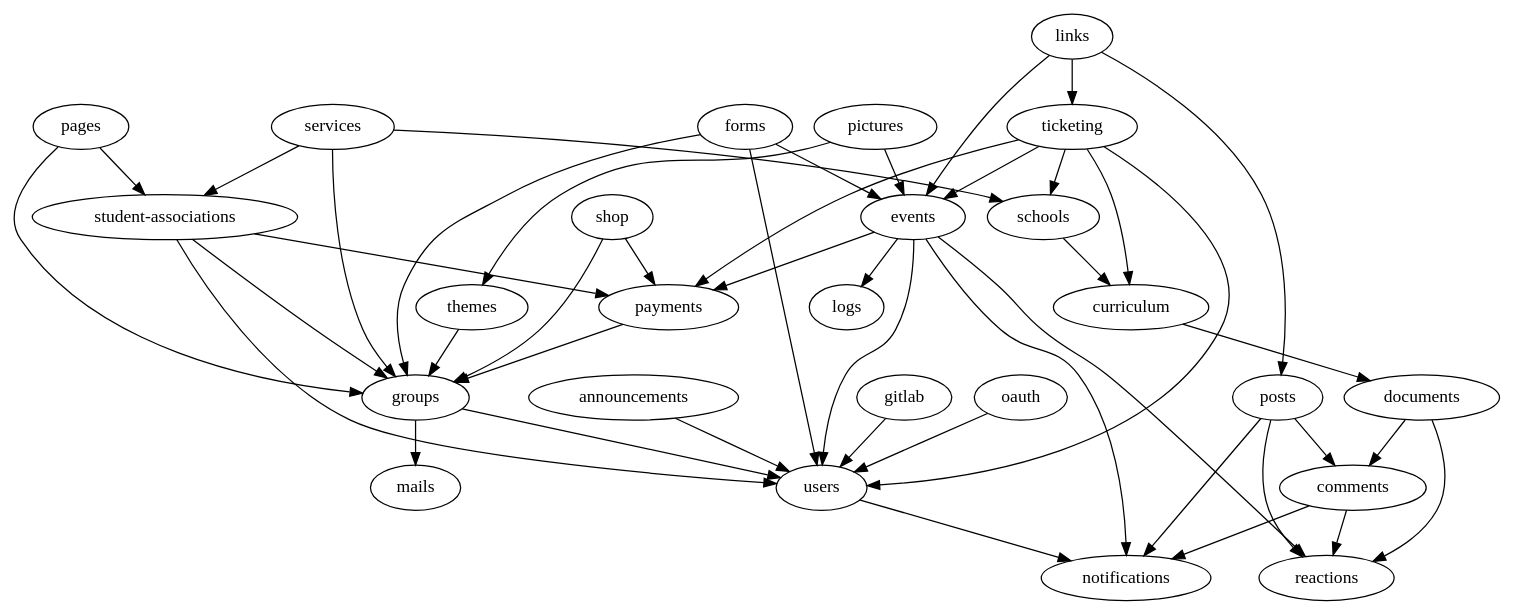
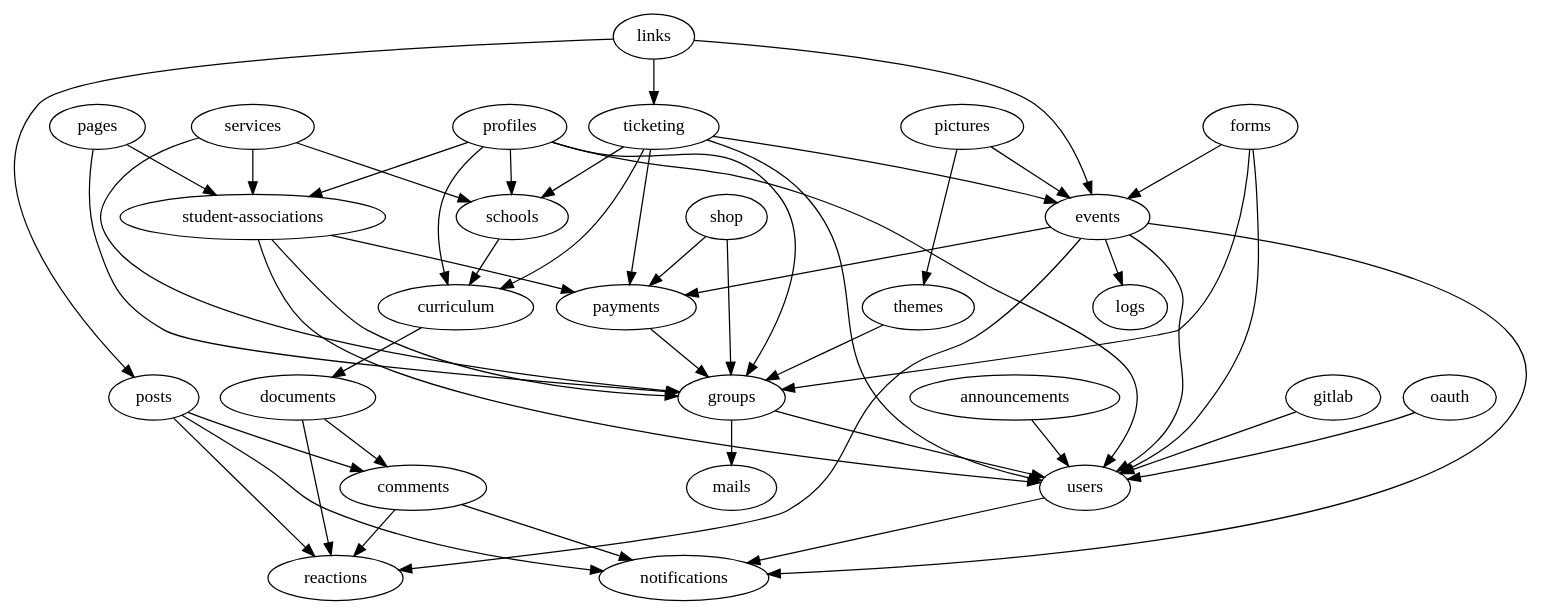
Before and after one commit to inp-net/churros: the diagram in packages/api/scripts/modules-import-graph.dot, drawn with Graphviz. The commit also changed 35 other files, not shown here.

```diff
--- a/packages/api/scripts/modules-import-graph.dot
+++ b/packages/api/scripts/modules-import-graph.dot
@@ -1,47 +1,52 @@
 strict digraph ImportGraph {
     "announcements" -> "users";
     "comments" -> "notifications";
     "comments" -> "reactions";
     "curriculum" -> "documents";
     "documents" -> "comments";
     "documents" -> "reactions";
     "events" -> "logs";
     "events" -> "notifications";
     "events" -> "payments";
     "events" -> "reactions";
     "events" -> "users";
     "forms" -> "events";
     "forms" -> "groups";
     "forms" -> "users";
     "gitlab" -> "users";
     "groups" -> "mails";
     "groups" -> "users";
     "links" -> "events";
     "links" -> "posts";
     "links" -> "ticketing";
     "oauth" -> "users";
     "pages" -> "groups";
     "pages" -> "student-associations";
     "payments" -> "groups";
     "pictures" -> "events";
     "pictures" -> "themes";
     "posts" -> "comments";
     "posts" -> "notifications";
     "posts" -> "reactions";
+    "profiles" -> "curriculum";
+    "profiles" -> "groups";
+    "profiles" -> "schools";
+    "profiles" -> "student-associations";
+    "profiles" -> "users";
     "schools" -> "curriculum";
     "services" -> "groups";
     "services" -> "schools";
     "services" -> "student-associations";
     "shop" -> "groups";
     "shop" -> "payments";
     "student-associations" -> "groups";
     "student-associations" -> "payments";
     "student-associations" -> "users";
     "themes" -> "groups";
     "ticketing" -> "curriculum";
     "ticketing" -> "events";
     "ticketing" -> "payments";
     "ticketing" -> "schools";
     "ticketing" -> "users";
     "users" -> "notifications";
 }
```
